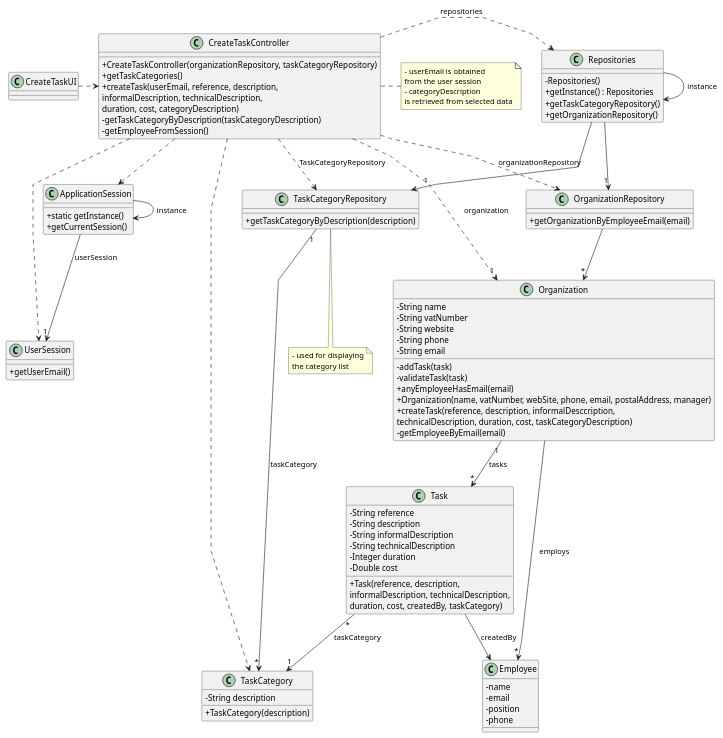
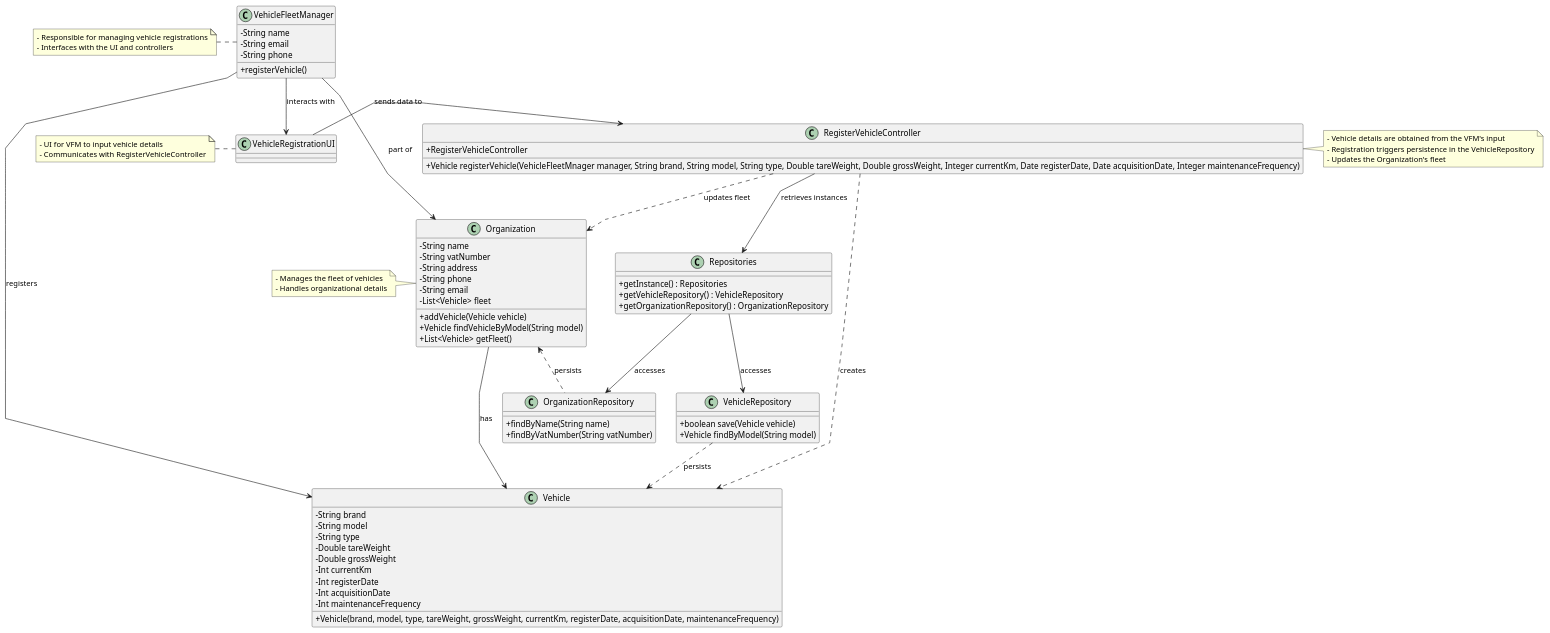
The diagram in docs/sprint2/us006/03.design/puml/us006-class-diagram.puml (tiagosoa/lei-24-s2-1dgh-g073), drawn with PlantUML before and after one commit.

Commit message:
Us 06 class diagram (still needs better structuring)

```diff
--- a/docs/sprint2/us006/03.design/puml/us006-class-diagram.puml
+++ b/docs/sprint2/us006/03.design/puml/us006-class-diagram.puml
@@ -2,130 +2,101 @@
 @startuml
 'skinparam monochrome true
 skinparam packageStyle rectangle
 skinparam shadowing false
 skinparam linetype polyline
-'skinparam linetype orto
-
 skinparam classAttributeIconSize 0
 
-'left to right direction
-
-class ApplicationSession
-{
-    + static getInstance()
-    + getCurrentSession()
+class VehicleFleetManager {
+  - String name
+  - String email
+  - String phone
+  + registerVehicle()
 }
 
-class UserSession
-{
-    + getUserEmail()
+class Vehicle {
+  - String brand
+  - String model
+  - String type
+  - Double tareWeight
+  - Double grossWeight
+  - Int currentKm
+  - Int registerDate
+  - Int acquisitionDate
+  - Int maintenanceFrequency
+  + Vehicle(brand, model, type, tareWeight, grossWeight, currentKm, registerDate, acquisitionDate, maintenanceFrequency)
 }
 
-class Employee {
-    - name
-    - email
-    - position
-    - phone
-}
-
-class Task {
-    - String reference
-    - String description
-    - String informalDescription
-    - String technicalDescription
-    - Integer duration
-    - Double cost
-
-    + Task(reference, description,\ninformalDescription, technicalDescription,\nduration, cost, createdBy, taskCategory)
-}
-
-class TaskCategory {
-    - String description
-
-    + TaskCategory(description)
+class VehicleRepository {
+  + boolean save(Vehicle vehicle)
+  + Vehicle findByModel(String model)
 }
 
 class Organization {
-    - String name
-    - String vatNumber
-    - String website
-    - String phone
-    - String email
-
-    - addTask(task)
-    - validateTask(task)
-    + anyEmployeeHasEmail(email)
-    + Organization(name, vatNumber, webSite, phone, email, postalAddress, manager)
-    + createTask(reference, description, informalDesccription,\ntechnicalDescription, duration, cost, taskCategoryDescription)
-    - getEmployeeByEmail(email)
-
-'  +saveTask(task)
-}
-
-class TaskCategoryRepository {
-    + getTaskCategoryByDescription(description)
+  - String name
+  - String vatNumber
+  - String address
+  - String phone
+  - String email
+  - List<Vehicle> fleet
+  + addVehicle(Vehicle vehicle)
+  + Vehicle findVehicleByModel(String model)
+  + List<Vehicle> getFleet()
 }
 
 class OrganizationRepository {
-    + getOrganizationByEmployeeEmail(email)
+  + findByName(String name)
+  + findByVatNumber(String vatNumber)
 }
 
 class Repositories {
-    - Repositories()
-    + getInstance() : Repositories
-    + getTaskCategoryRepository()
-    + getOrganizationRepository()
+  + getInstance() : Repositories
+  + getVehicleRepository() : VehicleRepository
+  + getOrganizationRepository() : OrganizationRepository
 }
 
-class CreateTaskController {
-    + CreateTaskController(organizationRepository, taskCategoryRepository)
-    + getTaskCategories()
-    + createTask(userEmail, reference, description,\ninformalDescription, technicalDescription,\nduration, cost, categoryDescription)
-    - getTaskCategoryByDescription(taskCategoryDescription)
-    - getEmployeeFromSession()
+class RegisterVehicleController {
+  + RegisterVehicleController
+  + Vehicle registerVehicle(VehicleFleetMnager manager, String brand, String model, String type, Double tareWeight, Double grossWeight, Integer currentKm, Date registerDate, Date acquisitionDate, Integer maintenanceFrequency)
 }
 
-note right of CreateTaskController
-    - userEmail is obtained
-    from the user session
-    - categoryDescription
-    is retrieved from selected data
+class VehicleRegistrationUI {
+
+}
+
+note right of RegisterVehicleController
+  - Vehicle details are obtained from the VFM's input
+  - Registration triggers persistence in the VehicleRepository
+  - Updates the Organization's fleet
 end note
 
-note bottom of TaskCategoryRepository
-    - used for displaying
-    the category list
+note left of VehicleRegistrationUI
+  - UI for VFM to input vehicle details
+  - Communicates with RegisterVehicleController
 end note
 
-class CreateTaskUI {
-}
+note left of Organization
+  - Manages the fleet of vehicles
+  - Handles organizational details
+end note
 
-Repositories -> Repositories : instance
-ApplicationSession -> ApplicationSession : instance
+note left of VehicleFleetManager
+  - Responsible for managing vehicle registrations
+  - Interfaces with the UI and controllers
+end note
 
-CreateTaskUI .> CreateTaskController
+VehicleFleetManager -down-> VehicleRegistrationUI : interacts with
+VehicleRegistrationUI -right-> RegisterVehicleController : sends data to
+RegisterVehicleController -down-> Repositories : retrieves instances
+Repositories -down-> VehicleRepository : accesses
+Repositories -down-> OrganizationRepository : accesses
+Organization -right-> Vehicle : has
+OrganizationRepository .left.> Organization : persists
 
-CreateTaskController .> Repositories : repositories
+VehicleFleetManager -down-> Organization : part of
+VehicleFleetManager -down-> Vehicle : registers
 
-Repositories -> "1" TaskCategoryRepository
-
-CreateTaskController ..> TaskCategory
-CreateTaskController ..> OrganizationRepository : organizationRepository
-CreateTaskController ..> TaskCategoryRepository : TaskCategoryRepository
-
-Repositories --> "1" OrganizationRepository
-
-OrganizationRepository --> "*" Organization
-ApplicationSession --> "1" UserSession : userSession
-
-CreateTaskController ..> "1" Organization : organization
-CreateTaskController ..> ApplicationSession
-CreateTaskController ..> UserSession
-Task "*" --> "1" TaskCategory : taskCategory
-TaskCategoryRepository "1" --> "*" TaskCategory : taskCategory
-Organization "1" --> "*" Task : tasks
-Task --> Employee : createdBy
-
-Organization --> "*" Employee : employs
+VehicleRepository ..> Vehicle : persists
+RegisterVehicleController ..> Vehicle : creates
+RegisterVehicleController ..> Organization : updates fleet
 
 @enduml
```
